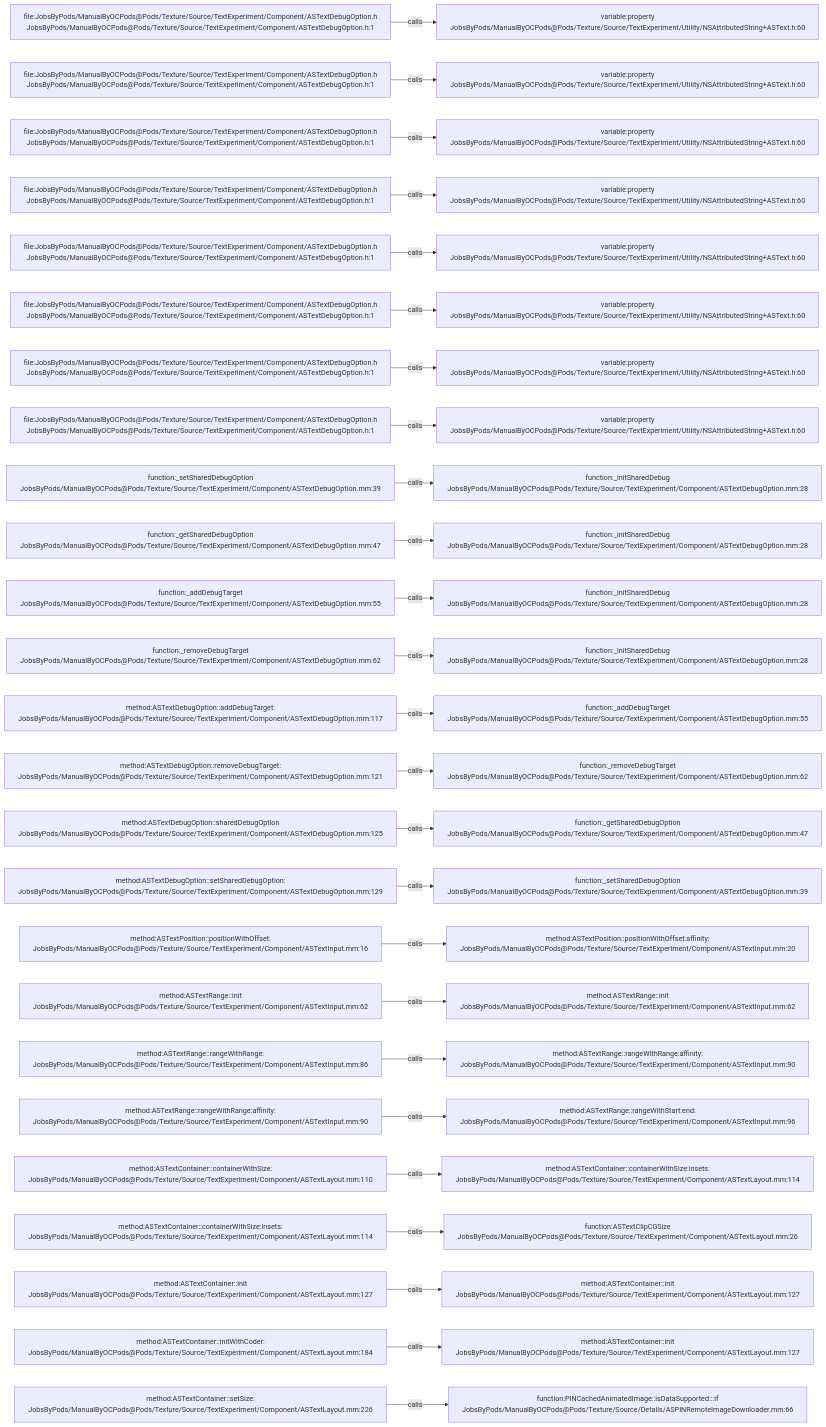
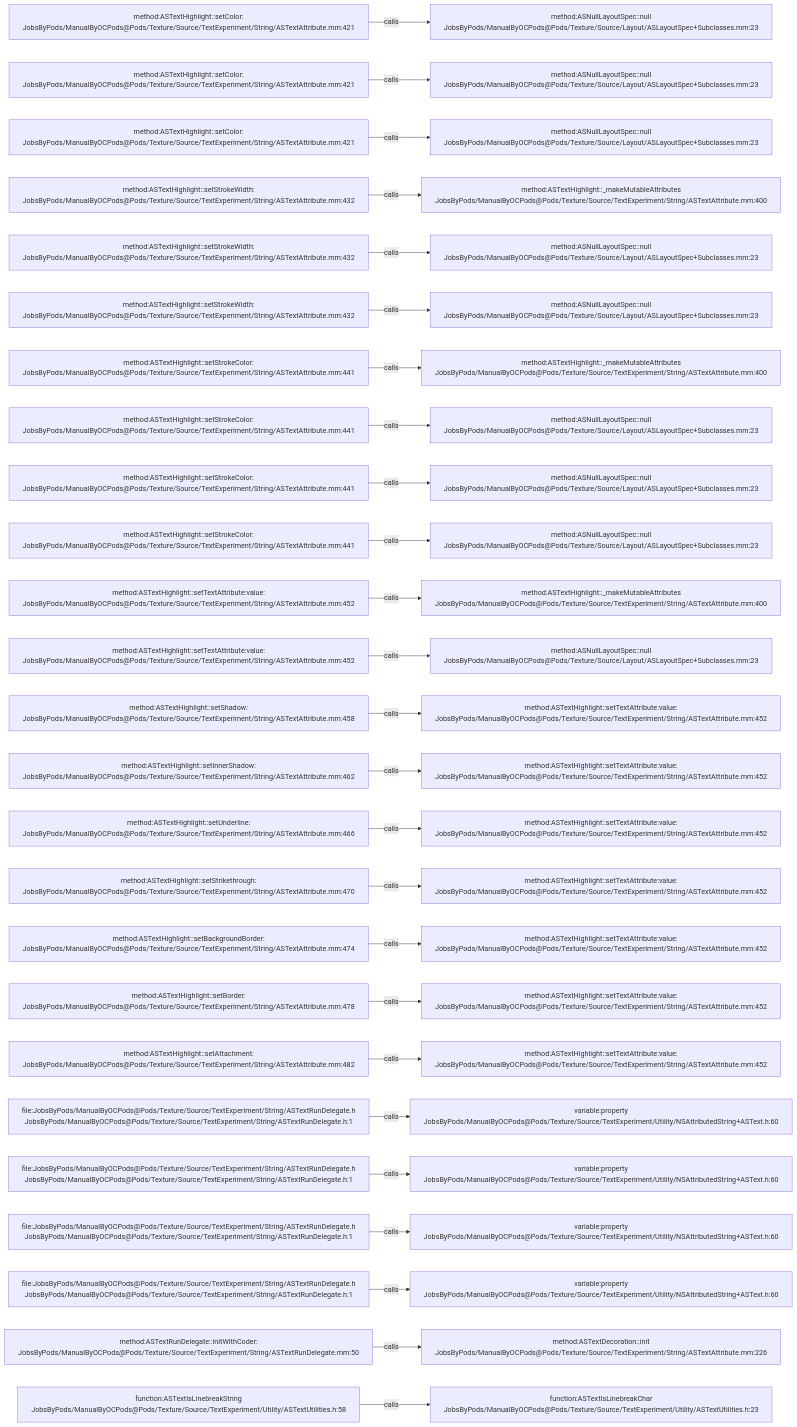
Before and after one commit to JobsKits/JobsOCBaseConfigDemo: the diagram in .codegraph/codegraph.md/graphs/calls-192.md, drawn with Mermaid. The commit also changed 2723 other files, not shown here.

````diff
--- a/.codegraph/codegraph.md/graphs/calls-192.md
+++ b/.codegraph/codegraph.md/graphs/calls-192.md
@@ -13,78 +13,78 @@
 ```mermaid
 flowchart LR
-  S1["file:JobsByPods/ManualByOCPods@Pods/Texture/Source/TextExperiment/Component/ASTextDebugOption.h<br/>JobsByPods/ManualByOCPods@Pods/Texture/Source/TextExperiment/Component/ASTextDebugOption.h:1"]
-  T1["variable:property<br/>JobsByPods/ManualByOCPods@Pods/Texture/Source/TextExperiment/Utility/NSAttributedString+ASText.h:60"]
+  S1["method:ASTextHighlight::setColor:<br/>JobsByPods/ManualByOCPods@Pods/Texture/Source/TextExperiment/String/ASTextAttribute.mm:421"]
+  T1["method:ASNullLayoutSpec::null<br/>JobsByPods/ManualByOCPods@Pods/Texture/Source/Layout/ASLayoutSpec+Subclasses.mm:23"]
   S1 -->|calls| T1
-  S2["file:JobsByPods/ManualByOCPods@Pods/Texture/Source/TextExperiment/Component/ASTextDebugOption.h<br/>JobsByPods/ManualByOCPods@Pods/Texture/Source/TextExperiment/Component/ASTextDebugOption.h:1"]
-  T2["variable:property<br/>JobsByPods/ManualByOCPods@Pods/Texture/Source/TextExperiment/Utility/NSAttributedString+ASText.h:60"]
+  S2["method:ASTextHighlight::setColor:<br/>JobsByPods/ManualByOCPods@Pods/Texture/Source/TextExperiment/String/ASTextAttribute.mm:421"]
+  T2["method:ASNullLayoutSpec::null<br/>JobsByPods/ManualByOCPods@Pods/Texture/Source/Layout/ASLayoutSpec+Subclasses.mm:23"]
   S2 -->|calls| T2
-  S3["file:JobsByPods/ManualByOCPods@Pods/Texture/Source/TextExperiment/Component/ASTextDebugOption.h<br/>JobsByPods/ManualByOCPods@Pods/Texture/Source/TextExperiment/Component/ASTextDebugOption.h:1"]
-  T3["variable:property<br/>JobsByPods/ManualByOCPods@Pods/Texture/Source/TextExperiment/Utility/NSAttributedString+ASText.h:60"]
+  S3["method:ASTextHighlight::setColor:<br/>JobsByPods/ManualByOCPods@Pods/Texture/Source/TextExperiment/String/ASTextAttribute.mm:421"]
+  T3["method:ASNullLayoutSpec::null<br/>JobsByPods/ManualByOCPods@Pods/Texture/Source/Layout/ASLayoutSpec+Subclasses.mm:23"]
   S3 -->|calls| T3
-  S4["file:JobsByPods/ManualByOCPods@Pods/Texture/Source/TextExperiment/Component/ASTextDebugOption.h<br/>JobsByPods/ManualByOCPods@Pods/Texture/Source/TextExperiment/Component/ASTextDebugOption.h:1"]
-  T4["variable:property<br/>JobsByPods/ManualByOCPods@Pods/Texture/Source/TextExperiment/Utility/NSAttributedString+ASText.h:60"]
+  S4["method:ASTextHighlight::setStrokeWidth:<br/>JobsByPods/ManualByOCPods@Pods/Texture/Source/TextExperiment/String/ASTextAttribute.mm:432"]
+  T4["method:ASTextHighlight::_makeMutableAttributes<br/>JobsByPods/ManualByOCPods@Pods/Texture/Source/TextExperiment/String/ASTextAttribute.mm:400"]
   S4 -->|calls| T4
-  S5["file:JobsByPods/ManualByOCPods@Pods/Texture/Source/TextExperiment/Component/ASTextDebugOption.h<br/>JobsByPods/ManualByOCPods@Pods/Texture/Source/TextExperiment/Component/ASTextDebugOption.h:1"]
-  T5["variable:property<br/>JobsByPods/ManualByOCPods@Pods/Texture/Source/TextExperiment/Utility/NSAttributedString+ASText.h:60"]
+  S5["method:ASTextHighlight::setStrokeWidth:<br/>JobsByPods/ManualByOCPods@Pods/Texture/Source/TextExperiment/String/ASTextAttribute.mm:432"]
+  T5["method:ASNullLayoutSpec::null<br/>JobsByPods/ManualByOCPods@Pods/Texture/Source/Layout/ASLayoutSpec+Subclasses.mm:23"]
   S5 -->|calls| T5
-  S6["file:JobsByPods/ManualByOCPods@Pods/Texture/Source/TextExperiment/Component/ASTextDebugOption.h<br/>JobsByPods/ManualByOCPods@Pods/Texture/Source/TextExperiment/Component/ASTextDebugOption.h:1"]
-  T6["variable:property<br/>JobsByPods/ManualByOCPods@Pods/Texture/Source/TextExperiment/Utility/NSAttributedString+ASText.h:60"]
+  S6["method:ASTextHighlight::setStrokeWidth:<br/>JobsByPods/ManualByOCPods@Pods/Texture/Source/TextExperiment/String/ASTextAttribute.mm:432"]
+  T6["method:ASNullLayoutSpec::null<br/>JobsByPods/ManualByOCPods@Pods/Texture/Source/Layout/ASLayoutSpec+Subclasses.mm:23"]
   S6 -->|calls| T6
-  S7["file:JobsByPods/ManualByOCPods@Pods/Texture/Source/TextExperiment/Component/ASTextDebugOption.h<br/>JobsByPods/ManualByOCPods@Pods/Texture/Source/TextExperiment/Component/ASTextDebugOption.h:1"]
-  T7["variable:property<br/>JobsByPods/ManualByOCPods@Pods/Texture/Source/TextExperiment/Utility/NSAttributedString+ASText.h:60"]
+  S7["method:ASTextHighlight::setStrokeColor:<br/>JobsByPods/ManualByOCPods@Pods/Texture/Source/TextExperiment/String/ASTextAttribute.mm:441"]
+  T7["method:ASTextHighlight::_makeMutableAttributes<br/>JobsByPods/ManualByOCPods@Pods/Texture/Source/TextExperiment/String/ASTextAttribute.mm:400"]
   S7 -->|calls| T7
-  S8["file:JobsByPods/ManualByOCPods@Pods/Texture/Source/TextExperiment/Component/ASTextDebugOption.h<br/>JobsByPods/ManualByOCPods@Pods/Texture/Source/TextExperiment/Component/ASTextDebugOption.h:1"]
-  T8["variable:property<br/>JobsByPods/ManualByOCPods@Pods/Texture/Source/TextExperiment/Utility/NSAttributedString+ASText.h:60"]
+  S8["method:ASTextHighlight::setStrokeColor:<br/>JobsByPods/ManualByOCPods@Pods/Texture/Source/TextExperiment/String/ASTextAttribute.mm:441"]
+  T8["method:ASNullLayoutSpec::null<br/>JobsByPods/ManualByOCPods@Pods/Texture/Source/Layout/ASLayoutSpec+Subclasses.mm:23"]
   S8 -->|calls| T8
-  S9["function:_setSharedDebugOption<br/>JobsByPods/ManualByOCPods@Pods/Texture/Source/TextExperiment/Component/ASTextDebugOption.mm:39"]
-  T9["function:_initSharedDebug<br/>JobsByPods/ManualByOCPods@Pods/Texture/Source/TextExperiment/Component/ASTextDebugOption.mm:28"]
+  S9["method:ASTextHighlight::setStrokeColor:<br/>JobsByPods/ManualByOCPods@Pods/Texture/Source/TextExperiment/String/ASTextAttribute.mm:441"]
+  T9["method:ASNullLayoutSpec::null<br/>JobsByPods/ManualByOCPods@Pods/Texture/Source/Layout/ASLayoutSpec+Subclasses.mm:23"]
   S9 -->|calls| T9
-  S10["function:_getSharedDebugOption<br/>JobsByPods/ManualByOCPods@Pods/Texture/Source/TextExperiment/Component/ASTextDebugOption.mm:47"]
-  T10["function:_initSharedDebug<br/>JobsByPods/ManualByOCPods@Pods/Texture/Source/TextExperiment/Component/ASTextDebugOption.mm:28"]
+  S10["method:ASTextHighlight::setStrokeColor:<br/>JobsByPods/ManualByOCPods@Pods/Texture/Source/TextExperiment/String/ASTextAttribute.mm:441"]
+  T10["method:ASNullLayoutSpec::null<br/>JobsByPods/ManualByOCPods@Pods/Texture/Source/Layout/ASLayoutSpec+Subclasses.mm:23"]
   S10 -->|calls| T10
-  S11["function:_addDebugTarget<br/>JobsByPods/ManualByOCPods@Pods/Texture/Source/TextExperiment/Component/ASTextDebugOption.mm:55"]
-  T11["function:_initSharedDebug<br/>JobsByPods/ManualByOCPods@Pods/Texture/Source/TextExperiment/Component/ASTextDebugOption.mm:28"]
+  S11["method:ASTextHighlight::setTextAttribute:value:<br/>JobsByPods/ManualByOCPods@Pods/Texture/Source/TextExperiment/String/ASTextAttribute.mm:452"]
+  T11["method:ASTextHighlight::_makeMutableAttributes<br/>JobsByPods/ManualByOCPods@Pods/Texture/Source/TextExperiment/String/ASTextAttribute.mm:400"]
   S11 -->|calls| T11
-  S12["function:_removeDebugTarget<br/>JobsByPods/ManualByOCPods@Pods/Texture/Source/TextExperiment/Component/ASTextDebugOption.mm:62"]
-  T12["function:_initSharedDebug<br/>JobsByPods/ManualByOCPods@Pods/Texture/Source/TextExperiment/Component/ASTextDebugOption.mm:28"]
+  S12["method:ASTextHighlight::setTextAttribute:value:<br/>JobsByPods/ManualByOCPods@Pods/Texture/Source/TextExperiment/String/ASTextAttribute.mm:452"]
+  T12["method:ASNullLayoutSpec::null<br/>JobsByPods/ManualByOCPods@Pods/Texture/Source/Layout/ASLayoutSpec+Subclasses.mm:23"]
   S12 -->|calls| T12
-  S13["method:ASTextDebugOption::addDebugTarget:<br/>JobsByPods/ManualByOCPods@Pods/Texture/Source/TextExperiment/Component/ASTextDebugOption.mm:117"]
-  T13["function:_addDebugTarget<br/>JobsByPods/ManualByOCPods@Pods/Texture/Source/TextExperiment/Component/ASTextDebugOption.mm:55"]
+  S13["method:ASTextHighlight::setShadow:<br/>JobsByPods/ManualByOCPods@Pods/Texture/Source/TextExperiment/String/ASTextAttribute.mm:458"]
+  T13["method:ASTextHighlight::setTextAttribute:value:<br/>JobsByPods/ManualByOCPods@Pods/Texture/Source/TextExperiment/String/ASTextAttribute.mm:452"]
   S13 -->|calls| T13
-  S14["method:ASTextDebugOption::removeDebugTarget:<br/>JobsByPods/ManualByOCPods@Pods/Texture/Source/TextExperiment/Component/ASTextDebugOption.mm:121"]
-  T14["function:_removeDebugTarget<br/>JobsByPods/ManualByOCPods@Pods/Texture/Source/TextExperiment/Component/ASTextDebugOption.mm:62"]
+  S14["method:ASTextHighlight::setInnerShadow:<br/>JobsByPods/ManualByOCPods@Pods/Texture/Source/TextExperiment/String/ASTextAttribute.mm:462"]
+  T14["method:ASTextHighlight::setTextAttribute:value:<br/>JobsByPods/ManualByOCPods@Pods/Texture/Source/TextExperiment/String/ASTextAttribute.mm:452"]
   S14 -->|calls| T14
-  S15["method:ASTextDebugOption::sharedDebugOption<br/>JobsByPods/ManualByOCPods@Pods/Texture/Source/TextExperiment/Component/ASTextDebugOption.mm:125"]
-  T15["function:_getSharedDebugOption<br/>JobsByPods/ManualByOCPods@Pods/Texture/Source/TextExperiment/Component/ASTextDebugOption.mm:47"]
+  S15["method:ASTextHighlight::setUnderline:<br/>JobsByPods/ManualByOCPods@Pods/Texture/Source/TextExperiment/String/ASTextAttribute.mm:466"]
+  T15["method:ASTextHighlight::setTextAttribute:value:<br/>JobsByPods/ManualByOCPods@Pods/Texture/Source/TextExperiment/String/ASTextAttribute.mm:452"]
   S15 -->|calls| T15
-  S16["method:ASTextDebugOption::setSharedDebugOption:<br/>JobsByPods/ManualByOCPods@Pods/Texture/Source/TextExperiment/Component/ASTextDebugOption.mm:129"]
-  T16["function:_setSharedDebugOption<br/>JobsByPods/ManualByOCPods@Pods/Texture/Source/TextExperiment/Component/ASTextDebugOption.mm:39"]
+  S16["method:ASTextHighlight::setStrikethrough:<br/>JobsByPods/ManualByOCPods@Pods/Texture/Source/TextExperiment/String/ASTextAttribute.mm:470"]
+  T16["method:ASTextHighlight::setTextAttribute:value:<br/>JobsByPods/ManualByOCPods@Pods/Texture/Source/TextExperiment/String/ASTextAttribute.mm:452"]
   S16 -->|calls| T16
-  S17["method:ASTextPosition::positionWithOffset:<br/>JobsByPods/ManualByOCPods@Pods/Texture/Source/TextExperiment/Component/ASTextInput.mm:16"]
-  T17["method:ASTextPosition::positionWithOffset:affinity:<br/>JobsByPods/ManualByOCPods@Pods/Texture/Source/TextExperiment/Component/ASTextInput.mm:20"]
+  S17["method:ASTextHighlight::setBackgroundBorder:<br/>JobsByPods/ManualByOCPods@Pods/Texture/Source/TextExperiment/String/ASTextAttribute.mm:474"]
+  T17["method:ASTextHighlight::setTextAttribute:value:<br/>JobsByPods/ManualByOCPods@Pods/Texture/Source/TextExperiment/String/ASTextAttribute.mm:452"]
   S17 -->|calls| T17
-  S18["method:ASTextRange::init<br/>JobsByPods/ManualByOCPods@Pods/Texture/Source/TextExperiment/Component/ASTextInput.mm:62"]
-  T18["method:ASTextRange::init<br/>JobsByPods/ManualByOCPods@Pods/Texture/Source/TextExperiment/Component/ASTextInput.mm:62"]
+  S18["method:ASTextHighlight::setBorder:<br/>JobsByPods/ManualByOCPods@Pods/Texture/Source/TextExperiment/String/ASTextAttribute.mm:478"]
+  T18["method:ASTextHighlight::setTextAttribute:value:<br/>JobsByPods/ManualByOCPods@Pods/Texture/Source/TextExperiment/String/ASTextAttribute.mm:452"]
   S18 -->|calls| T18
-  S19["method:ASTextRange::rangeWithRange:<br/>JobsByPods/ManualByOCPods@Pods/Texture/Source/TextExperiment/Component/ASTextInput.mm:86"]
-  T19["method:ASTextRange::rangeWithRange:affinity:<br/>JobsByPods/ManualByOCPods@Pods/Texture/Source/TextExperiment/Component/ASTextInput.mm:90"]
+  S19["method:ASTextHighlight::setAttachment:<br/>JobsByPods/ManualByOCPods@Pods/Texture/Source/TextExperiment/String/ASTextAttribute.mm:482"]
+  T19["method:ASTextHighlight::setTextAttribute:value:<br/>JobsByPods/ManualByOCPods@Pods/Texture/Source/TextExperiment/String/ASTextAttribute.mm:452"]
   S19 -->|calls| T19
-  S20["method:ASTextRange::rangeWithRange:affinity:<br/>JobsByPods/ManualByOCPods@Pods/Texture/Source/TextExperiment/Component/ASTextInput.mm:90"]
-  T20["method:ASTextRange::rangeWithStart:end:<br/>JobsByPods/ManualByOCPods@Pods/Texture/Source/TextExperiment/Component/ASTextInput.mm:96"]
+  S20["file:JobsByPods/ManualByOCPods@Pods/Texture/Source/TextExperiment/String/ASTextRunDelegate.h<br/>JobsByPods/ManualByOCPods@Pods/Texture/Source/TextExperiment/String/ASTextRunDelegate.h:1"]
+  T20["variable:property<br/>JobsByPods/ManualByOCPods@Pods/Texture/Source/TextExperiment/Utility/NSAttributedString+ASText.h:60"]
   S20 -->|calls| T20
-  S21["method:ASTextContainer::containerWithSize:<br/>JobsByPods/ManualByOCPods@Pods/Texture/Source/TextExperiment/Component/ASTextLayout.mm:110"]
-  T21["method:ASTextContainer::containerWithSize:insets:<br/>JobsByPods/ManualByOCPods@Pods/Texture/Source/TextExperiment/Component/ASTextLayout.mm:114"]
+  S21["file:JobsByPods/ManualByOCPods@Pods/Texture/Source/TextExperiment/String/ASTextRunDelegate.h<br/>JobsByPods/ManualByOCPods@Pods/Texture/Source/TextExperiment/String/ASTextRunDelegate.h:1"]
+  T21["variable:property<br/>JobsByPods/ManualByOCPods@Pods/Texture/Source/TextExperiment/Utility/NSAttributedString+ASText.h:60"]
   S21 -->|calls| T21
-  S22["method:ASTextContainer::containerWithSize:insets:<br/>JobsByPods/ManualByOCPods@Pods/Texture/Source/TextExperiment/Component/ASTextLayout.mm:114"]
-  T22["function:ASTextClipCGSize<br/>JobsByPods/ManualByOCPods@Pods/Texture/Source/TextExperiment/Component/ASTextLayout.mm:26"]
+  S22["file:JobsByPods/ManualByOCPods@Pods/Texture/Source/TextExperiment/String/ASTextRunDelegate.h<br/>JobsByPods/ManualByOCPods@Pods/Texture/Source/TextExperiment/String/ASTextRunDelegate.h:1"]
+  T22["variable:property<br/>JobsByPods/ManualByOCPods@Pods/Texture/Source/TextExperiment/Utility/NSAttributedString+ASText.h:60"]
   S22 -->|calls| T22
-  S23["method:ASTextContainer::init<br/>JobsByPods/ManualByOCPods@Pods/Texture/Source/TextExperiment/Component/ASTextLayout.mm:127"]
-  T23["method:ASTextContainer::init<br/>JobsByPods/ManualByOCPods@Pods/Texture/Source/TextExperiment/Component/ASTextLayout.mm:127"]
+  S23["file:JobsByPods/ManualByOCPods@Pods/Texture/Source/TextExperiment/String/ASTextRunDelegate.h<br/>JobsByPods/ManualByOCPods@Pods/Texture/Source/TextExperiment/String/ASTextRunDelegate.h:1"]
+  T23["variable:property<br/>JobsByPods/ManualByOCPods@Pods/Texture/Source/TextExperiment/Utility/NSAttributedString+ASText.h:60"]
   S23 -->|calls| T23
-  S24["method:ASTextContainer::initWithCoder:<br/>JobsByPods/ManualByOCPods@Pods/Texture/Source/TextExperiment/Component/ASTextLayout.mm:184"]
-  T24["method:ASTextContainer::init<br/>JobsByPods/ManualByOCPods@Pods/Texture/Source/TextExperiment/Component/ASTextLayout.mm:127"]
+  S24["method:ASTextRunDelegate::initWithCoder:<br/>JobsByPods/ManualByOCPods@Pods/Texture/Source/TextExperiment/String/ASTextRunDelegate.mm:50"]
+  T24["method:ASTextDecoration::init<br/>JobsByPods/ManualByOCPods@Pods/Texture/Source/TextExperiment/String/ASTextAttribute.mm:226"]
   S24 -->|calls| T24
-  S25["method:ASTextContainer::setSize:<br/>JobsByPods/ManualByOCPods@Pods/Texture/Source/TextExperiment/Component/ASTextLayout.mm:226"]
-  T25["function:PINCachedAnimatedImage::isDataSupported:::if<br/>JobsByPods/ManualByOCPods@Pods/Texture/Source/Details/ASPINRemoteImageDownloader.mm:66"]
+  S25["function:ASTextIsLinebreakString<br/>JobsByPods/ManualByOCPods@Pods/Texture/Source/TextExperiment/Utility/ASTextUtilities.h:58"]
+  T25["function:ASTextIsLinebreakChar<br/>JobsByPods/ManualByOCPods@Pods/Texture/Source/TextExperiment/Utility/ASTextUtilities.h:23"]
   S25 -->|calls| T25
 ```
````
